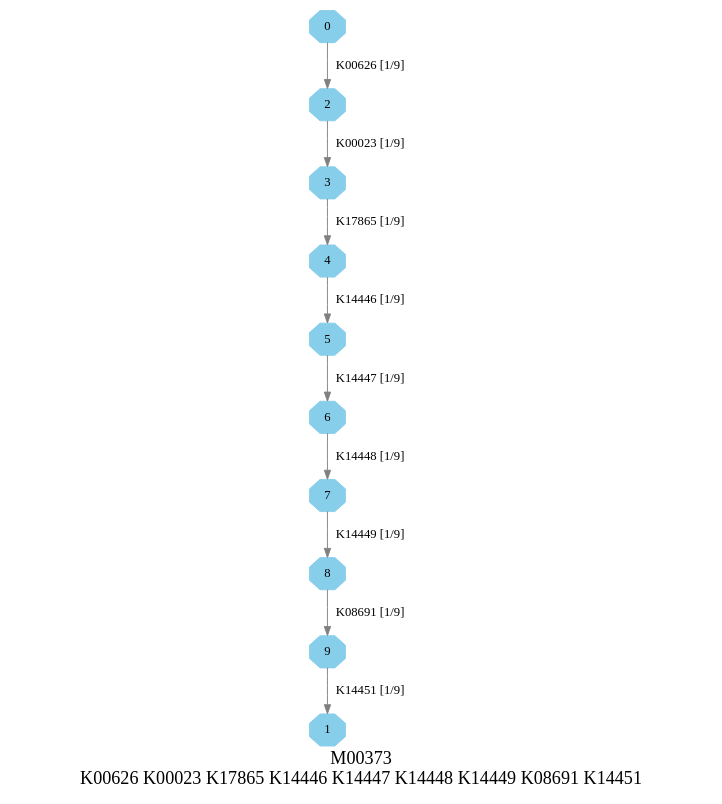
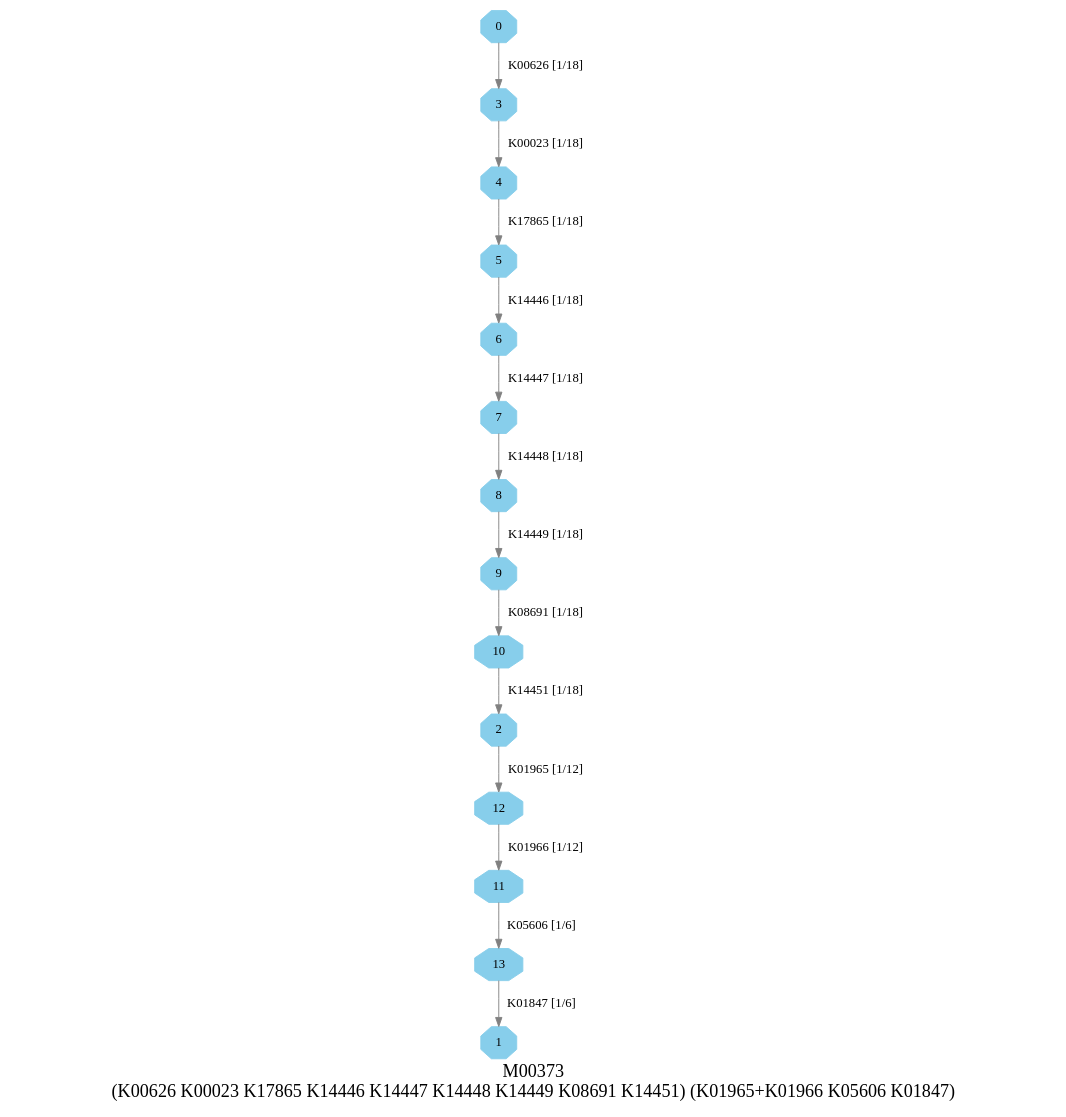
One commit to EBI-Metagenomics/kegg-pathways-completeness-tool changed the diagram in graphs/dots/M00373.dot. Above: the diagram before and after it, drawn with Graphviz. The commit also changed 124 other files, not shown here.

```diff
--- a/graphs/dots/M00373.dot
+++ b/graphs/dots/M00373.dot
@@ -1,16 +1,20 @@
 digraph G {
 graph [label="M00373
-K00626 K00023 K17865 K14446 K14447 K14448 K14449 K08691 K14451",fontsize=20];
+(K00626 K00023 K17865 K14446 K14447 K14448 K14449 K08691 K14451) (K01965+K01966 K05606 K01847)",fontsize=20];
 node [shape=box,style=filled];
 edge [len=3,color=grey];
-{node [width=.3,height=.3,shape=octagon,style=filled,color=skyblue] 0 1 2 3 4 5 6 7 8 9 }
-0 -> 2 [label="K00626 [1/9]"];
-2 -> 3 [label="K00023 [1/9]"];
-3 -> 4 [label="K17865 [1/9]"];
-4 -> 5 [label="K14446 [1/9]"];
-5 -> 6 [label="K14447 [1/9]"];
-6 -> 7 [label="K14448 [1/9]"];
-7 -> 8 [label="K14449 [1/9]"];
-8 -> 9 [label="K08691 [1/9]"];
-9 -> 1 [label="K14451 [1/9]"];
+{node [width=.3,height=.3,shape=octagon,style=filled,color=skyblue] 0 1 2 3 4 5 6 7 8 9 10 11 12 13 }
+0 -> 3 [label="K00626 [1/18]"];
+2 -> 12 [label="K01965 [1/12]"];
+3 -> 4 [label="K00023 [1/18]"];
+4 -> 5 [label="K17865 [1/18]"];
+5 -> 6 [label="K14446 [1/18]"];
+6 -> 7 [label="K14447 [1/18]"];
+7 -> 8 [label="K14448 [1/18]"];
+8 -> 9 [label="K14449 [1/18]"];
+9 -> 10 [label="K08691 [1/18]"];
+10 -> 2 [label="K14451 [1/18]"];
+11 -> 13 [label="K05606 [1/6]"];
+12 -> 11 [label="K01966 [1/12]"];
+13 -> 1 [label="K01847 [1/6]"];
 }
```
